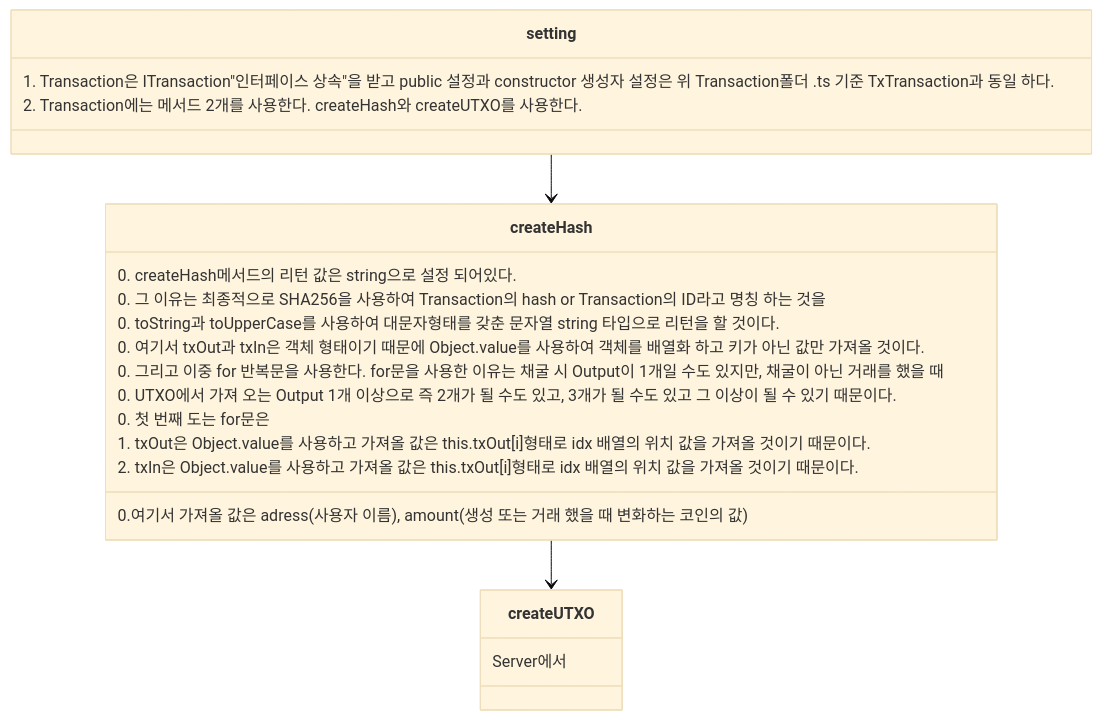
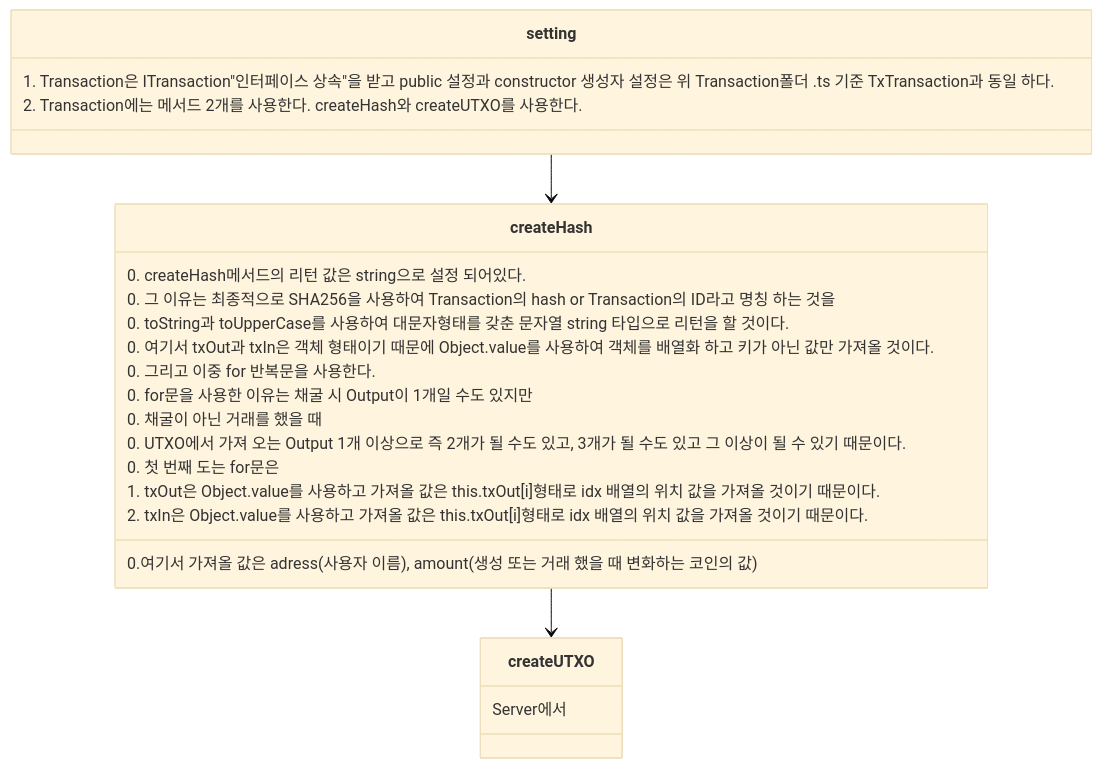
The third of 5 diagrams in chain/block020/block/ReadMe.md (HGWA333/Block), drawn with Mermaid (base theme) before and after one commit.

````diff
--- a/chain/block020/block/ReadMe.md
+++ b/chain/block020/block/ReadMe.md
@@ -107,28 +107,30 @@
 ```mermaid
 classDiagram
 setting --> createHash
 createHash --> createUTXO
 class setting{
  1. Transaction은 ITransaction"인터페이스 상속"을 받고 public 설정과 constructor 생성자 설정은 위 Transaction폴더 .ts 기준 TxTransaction과 동일 하다.
  2. Transaction에는 메서드 2개를 사용한다. createHash와 createUTXO를 사용한다.
 }
 class createHash{
   0. createHash메서드의 리턴 값은 string으로 설정 되어있다.
   0. 그 이유는 최종적으로 SHA256을 사용하여 Transaction의 hash or Transaction의 ID라고 명칭 하는 것을
   0. toString과 toUpperCase를 사용하여 대문자형태를 갖춘 문자열 string 타입으로 리턴을 할 것이다.
   0. 여기서 txOut과 txIn은 객체 형태이기 때문에 Object.value를 사용하여 객체를 배열화 하고 키가 아닌 값만 가져올 것이다.
   0.여기서 가져올 값은 adress(사용자 이름), amount(생성 또는 거래 했을 때 변화하는 코인의 값)
 
-  0. 그리고 이중 for 반복문을 사용한다. for문을 사용한 이유는 채굴 시 Output이 1개일 수도 있지만, 채굴이 아닌 거래를 했을 때
+  0. 그리고 이중 for 반복문을 사용한다.
+  0. for문을 사용한 이유는 채굴 시 Output이 1개일 수도 있지만
+  0. 채굴이 아닌 거래를 했을 때
   0. UTXO에서 가져 오는 Output 1개 이상으로 즉 2개가 될 수도 있고, 3개가 될 수도 있고 그 이상이 될 수 있기 때문이다.
   0. 첫 번째 도는 for문은
 
   1. txOut은 Object.value를 사용하고 가져올 값은 this.txOut[i]형태로 idx 배열의 위치 값을 가져올 것이기 때문이다.
 
   2. txIn은 Object.value를 사용하고 가져올 값은 this.txOut[i]형태로 idx 배열의 위치 값을 가져올 것이기 때문이다.
 }
 class createUTXO{
  Server에서
 }
 
 ```
````
